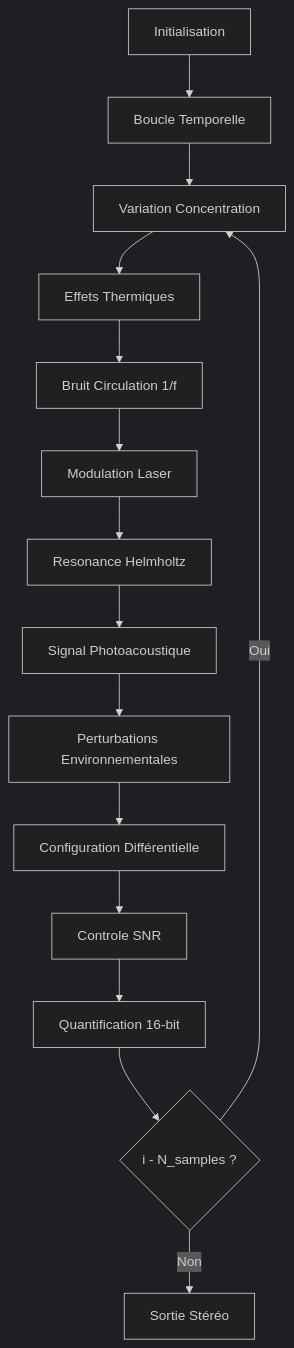
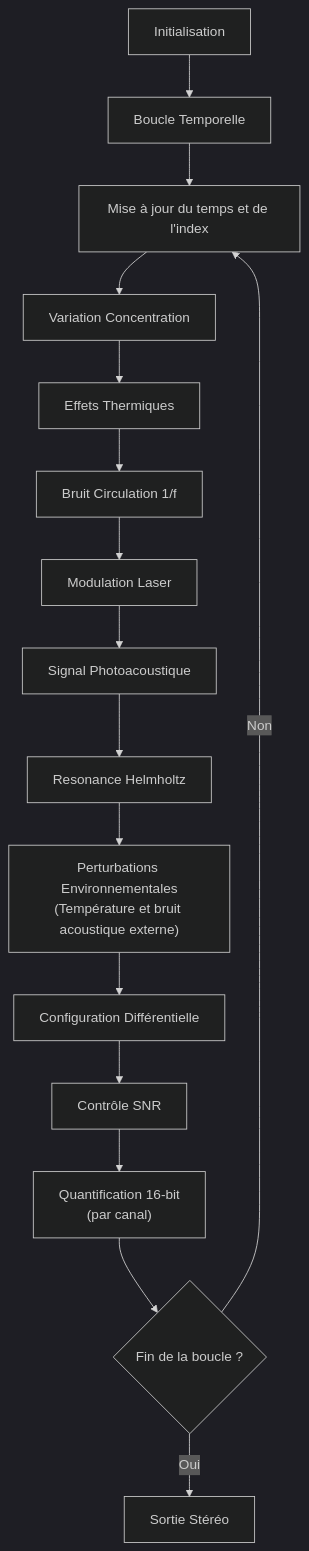
One commit to sctg-development/rust-photoacoustic changed the second of 4 diagrams in docs/simulation_helmholtz_photoacoustique.md. Above: the diagram before and after it, drawn with Mermaid (dark theme). The commit also changed other lines of this file, not shown here.

````diff
--- a/docs/simulation_helmholtz_photoacoustique.md
+++ b/docs/simulation_helmholtz_photoacoustique.md
@@ -89,17 +96,18 @@
 ```mermaid
 flowchart TD
     A[Initialisation] --> B[Boucle Temporelle]
-    B --> C[Variation Concentration]
-    C --> D[Effets Thermiques]
-    D --> E[Bruit Circulation 1/f]
-    E --> F[Modulation Laser]
-    F --> G[Resonance Helmholtz]
+    B --> C[Mise à jour du temps et de l'index]
+    C --> D[Variation Concentration]
+    D --> E[Effets Thermiques]
+    E --> F[Bruit Circulation 1/f]
+    F --> G[Modulation Laser]
     G --> H[Signal Photoacoustique]
-    H --> I[Perturbations Environnementales]
-    I --> J[Configuration Différentielle]
-    J --> K[Controle SNR]
-    K --> L[Quantification 16-bit]
-    L --> M{i - N_samples ?}
-    M -->|Oui| C
-    M -->|Non| N[Sortie Stéréo]
+    H --> I[Resonance Helmholtz]
+    I --> J[Perturbations Environnementales<br/>&lpar;Température et bruit acoustique externe&rpar;]
+    J --> K[Configuration Différentielle]
+    K --> L[Contrôle SNR]
+    L --> M[Quantification 16-bit<br/>&lpar;par canal&rpar;]
+    M --> N{Fin de la boucle ?}
+    N -- "Non" --> C
+    N -- "Oui" --> O[Sortie Stéréo]
 ```
````
